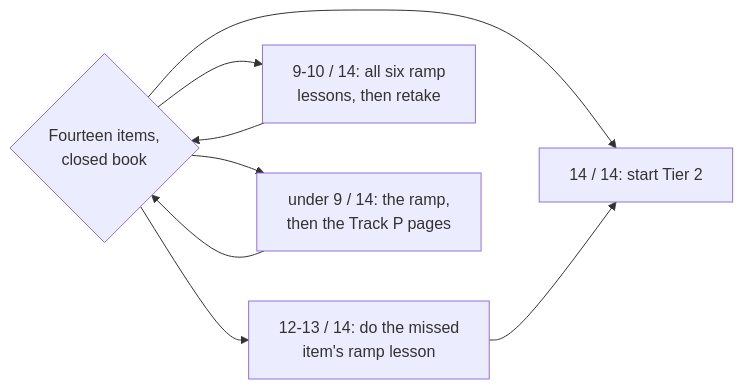
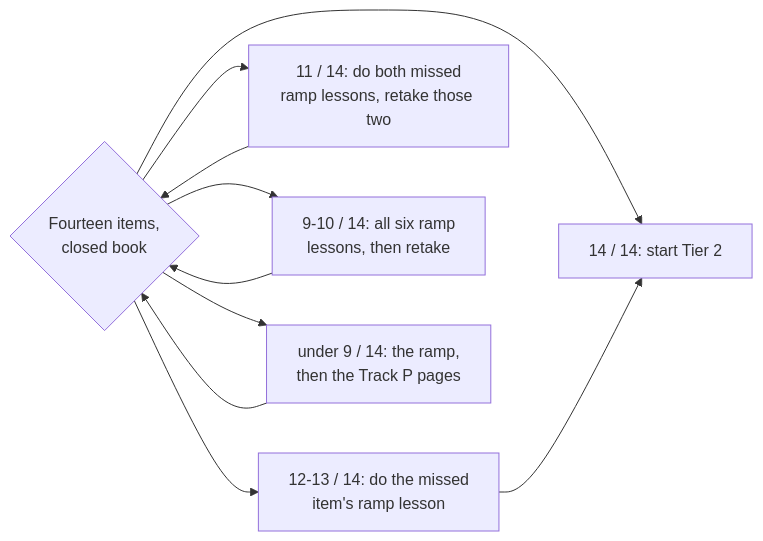
Before and after one commit to TLE47/Mechatronics-Roadmap: the diagram in docs/TIER1_EXIT_CHECK.md, drawn with Mermaid. The commit also changed other lines of this file and 127 other files, not shown here.

````diff
--- a/docs/TIER1_EXIT_CHECK.md
+++ b/docs/TIER1_EXIT_CHECK.md
@@ -19,10 +19,12 @@
 ```mermaid
 flowchart LR
     Q{"Fourteen items,<br/>closed book"} --> A["14 / 14: start Tier 2"]
     Q --> B["12-13 / 14: do the missed<br/>item's ramp lesson"]
     B --> A
+    Q --> E["11 / 14: do both missed<br/>ramp lessons, retake those two"]
+    E --> Q
     Q --> C["9-10 / 14: all six ramp<br/>lessons, then retake"]
     C --> Q
     Q --> D["under 9 / 14: the ramp,<br/>then the Track P pages"]
     D --> Q
 ```
````
